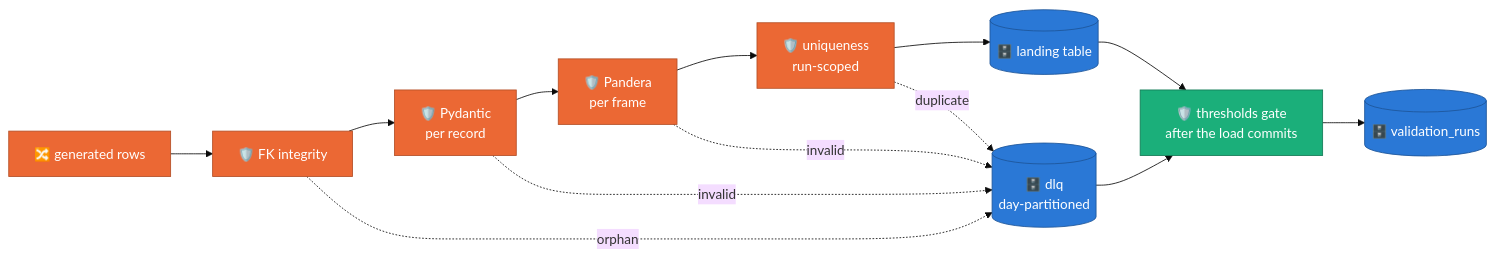
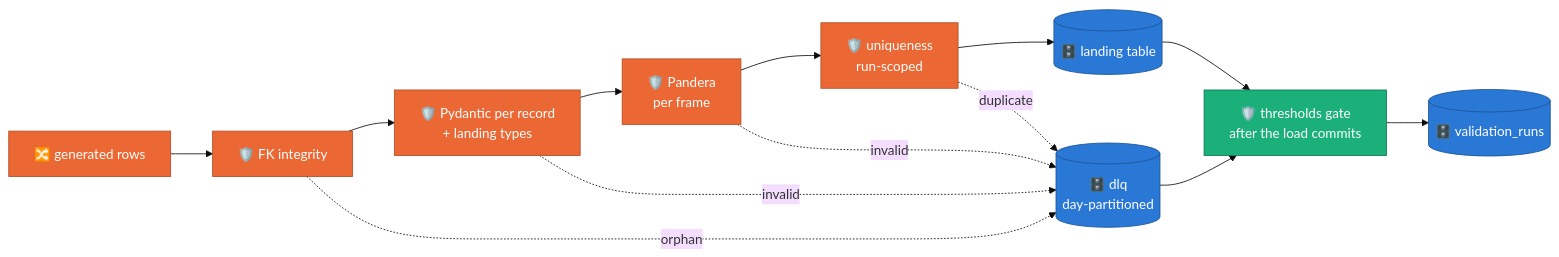
Before and after one commit to albertols/synthetic-llm-dataflow-bigquery: diagram 11 of 20 in docs/DESIGN.md, drawn with Mermaid (base theme). The commit also changed other lines of this file and 12 other files, not shown here.

````diff
--- a/docs/DESIGN.md
+++ b/docs/DESIGN.md
@@ -522,24 +522,24 @@
 ```mermaid
 flowchart LR
   classDef beam  fill:#eb6834,color:#fff,stroke:#b44f26
   classDef cpu   fill:#1baf7a,color:#fff,stroke:#127a55
   classDef store fill:#2a78d6,color:#fff,stroke:#1d5599
 
   G["🔀 generated rows"]:::beam
-  P1["🛡️ Pydantic<br/>per record"]:::beam
+  P1["🛡️ Pydantic per record<br/>+ landing types"]:::beam
   P2["🛡️ Pandera<br/>per frame"]:::beam
   P3["🛡️ uniqueness<br/>run-scoped"]:::beam
   FK["🛡️ FK integrity"]:::beam
   OK[("🗄️ landing table")]:::store
   DLQ[("🗄️ dlq<br/>day-partitioned")]:::store
   TH["🛡️ thresholds gate<br/>after the load commits"]:::cpu
   VR[("🗄️ validation_runs")]:::store
 
   G --> FK --> P1 --> P2 --> P3 --> OK
   FK -.->|orphan| DLQ
   P1 -.->|invalid| DLQ
   P2 -.->|invalid| DLQ
   P3 -.->|duplicate| DLQ
   OK --> TH --> VR
   DLQ --> TH
 ```
````
